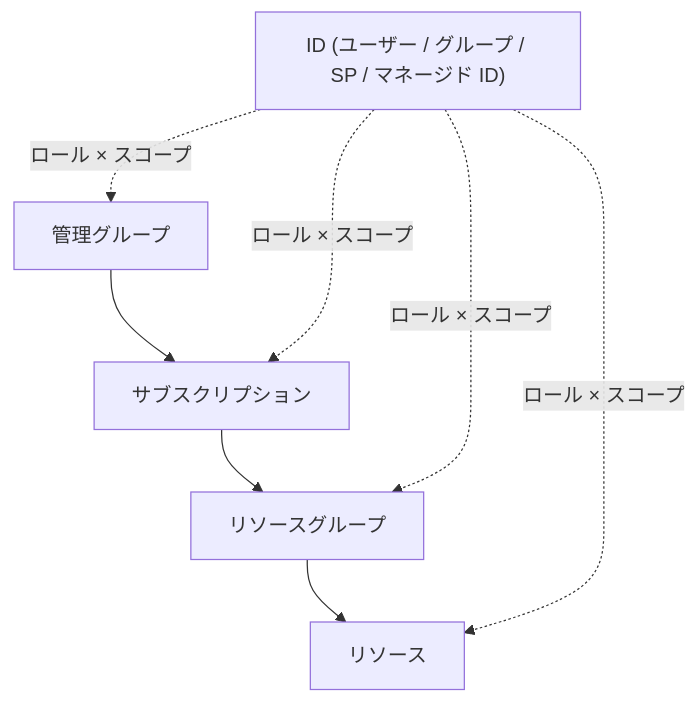
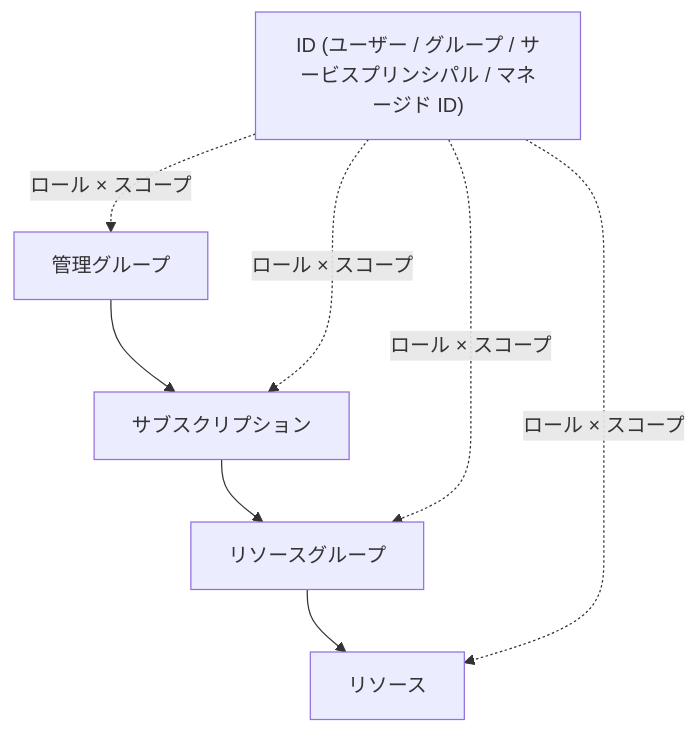
The diagram in manuscript/part2/06-rbac.md (engineers-hub-ltd-in-house-project/azure-practice), drawn with Mermaid before and after one commit. The commit also changed other lines of this file and 26 other files, not shown here.

````diff
--- a/manuscript/part2/06-rbac.md
+++ b/manuscript/part2/06-rbac.md
@@ -45,11 +45,11 @@
 ```mermaid
 flowchart TB
   MG["管理グループ"] --> SUB["サブスクリプション"]
   SUB --> RG["リソースグループ"]
   RG --> RES["リソース"]
-  ID["ID (ユーザー / グループ / SP / マネージド ID)"]
+  ID["ID (ユーザー / グループ / サービスプリンシパル / マネージド ID)"]
   ID -.->|"ロール × スコープ"| MG
   ID -.->|"ロール × スコープ"| SUB
   ID -.->|"ロール × スコープ"| RG
   ID -.->|"ロール × スコープ"| RES
 ```
````
